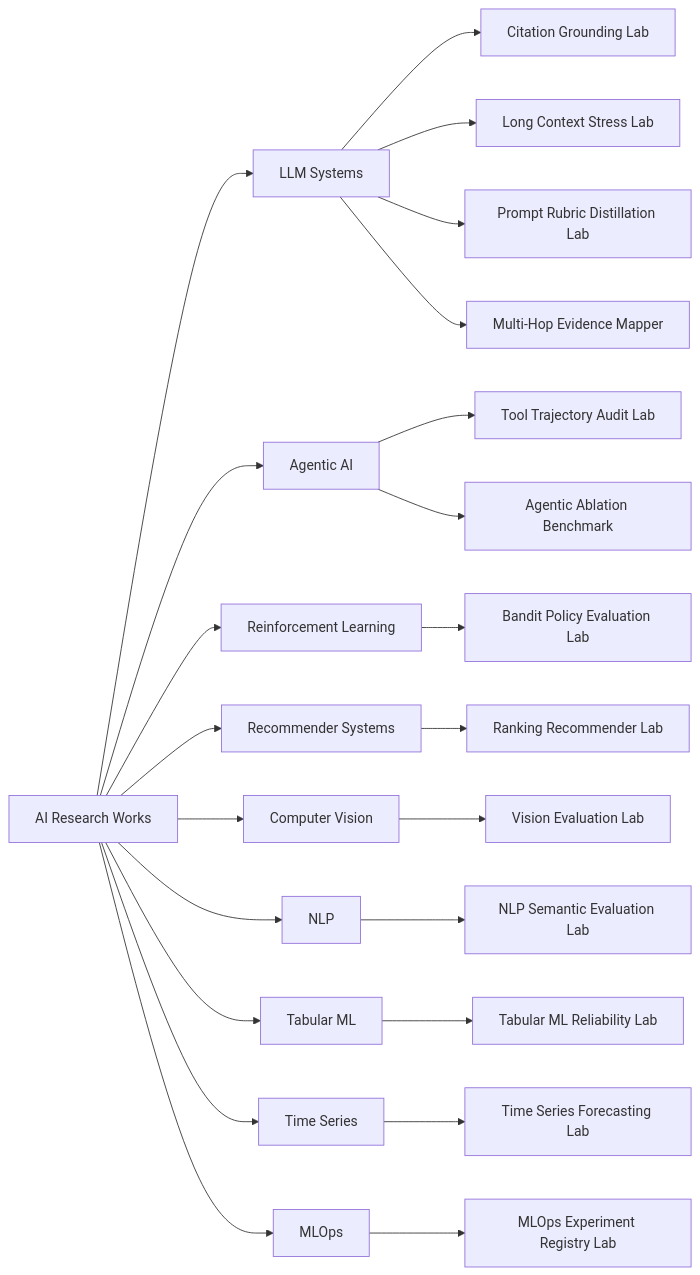
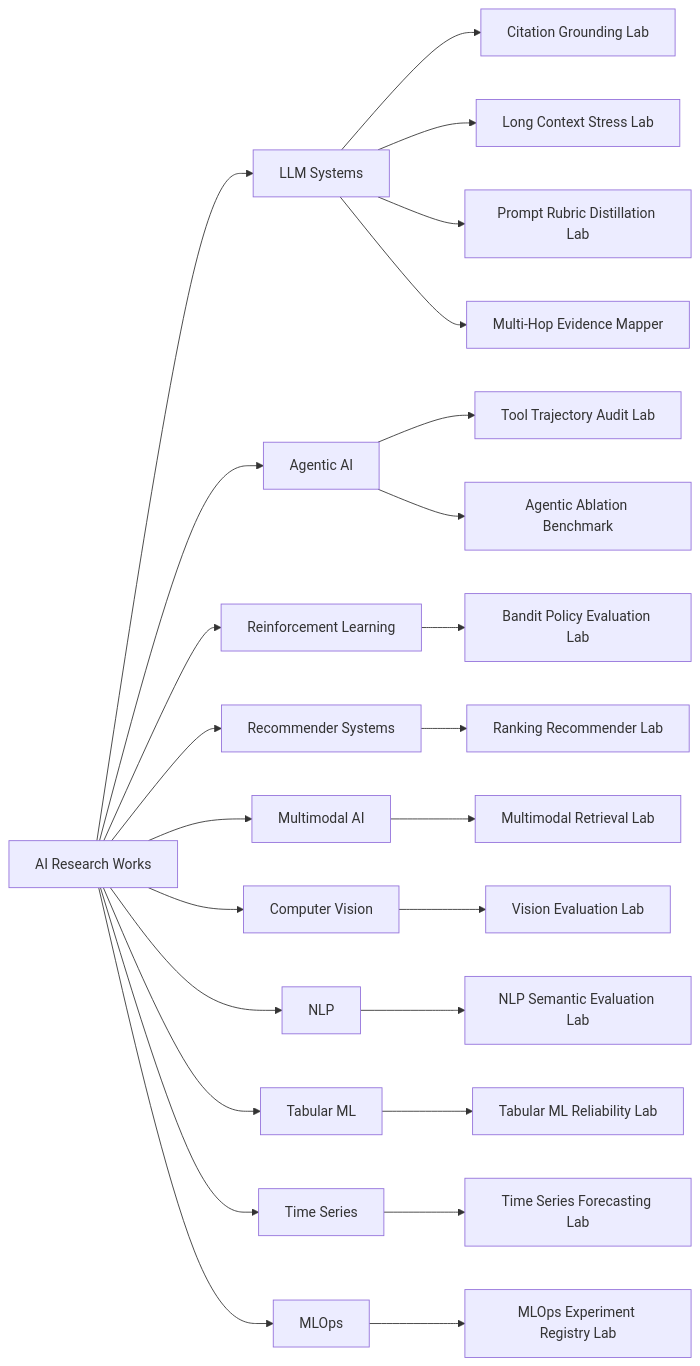
One commit to akifitu/ai-research-works changed the diagram in README.md. Above: the diagram before and after it, drawn with Mermaid. The commit also changed other lines of this file and 20 other files, not shown here.

Commit message:
Add multimodal retrieval lab

````diff
--- a/README.md
+++ b/README.md
@@ -24,25 +24,27 @@
 ```mermaid
 flowchart LR
     Repo[AI Research Works] --> LLM[LLM Systems]
     Repo --> Agents[Agentic AI]
     Repo --> RL[Reinforcement Learning]
     Repo --> RS[Recommender Systems]
+    Repo --> MM[Multimodal AI]
     Repo --> CV[Computer Vision]
     Repo --> NLP[NLP]
     Repo --> ML[Tabular ML]
     Repo --> TS[Time Series]
     Repo --> MLOps[MLOps]
     LLM --> CGL[Citation Grounding Lab]
     LLM --> LCSL[Long Context Stress Lab]
     LLM --> PRDL[Prompt Rubric Distillation Lab]
     LLM --> MHEM[Multi-Hop Evidence Mapper]
     Agents --> TTAL[Tool Trajectory Audit Lab]
     Agents --> AAB[Agentic Ablation Benchmark]
     RL --> BPEL[Bandit Policy Evaluation Lab]
     RS --> RRL[Ranking Recommender Lab]
+    MM --> MMRL[Multimodal Retrieval Lab]
     CV --> VEL[Vision Evaluation Lab]
     NLP --> NSEL[NLP Semantic Evaluation Lab]
     ML --> TMRL[Tabular ML Reliability Lab]
     TS --> TSFL[Time Series Forecasting Lab]
     MLOps --> MERL[MLOps Experiment Registry Lab]
 ```
````
